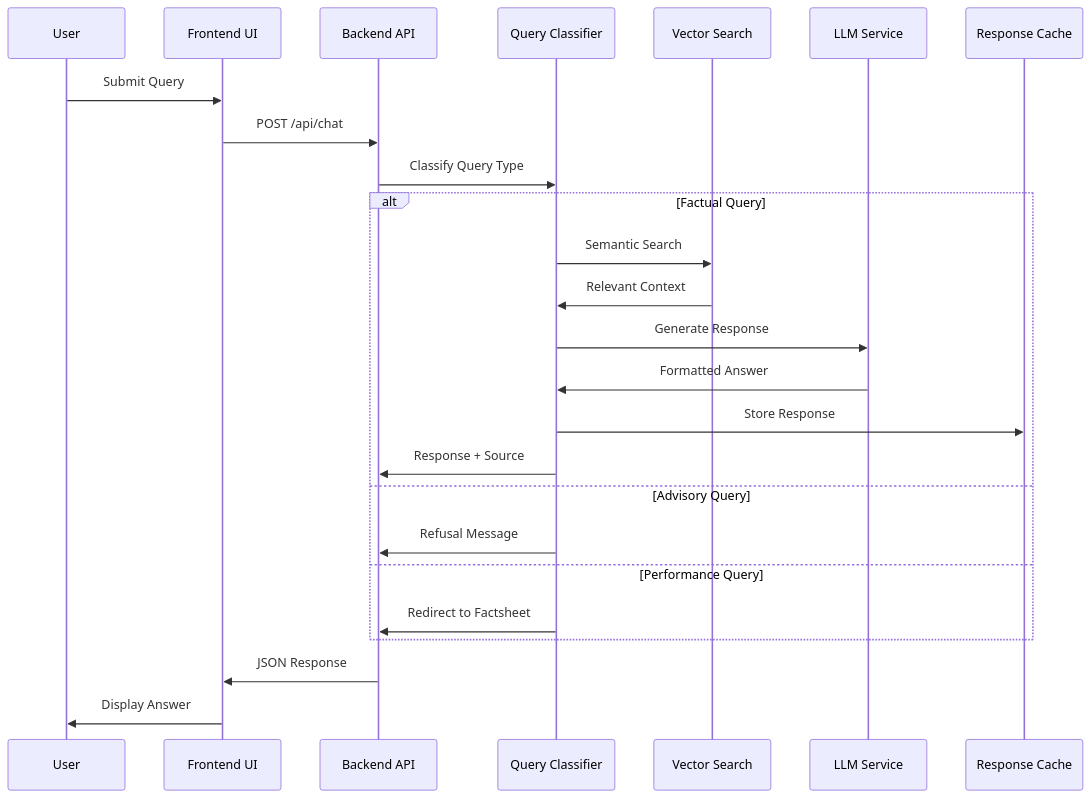
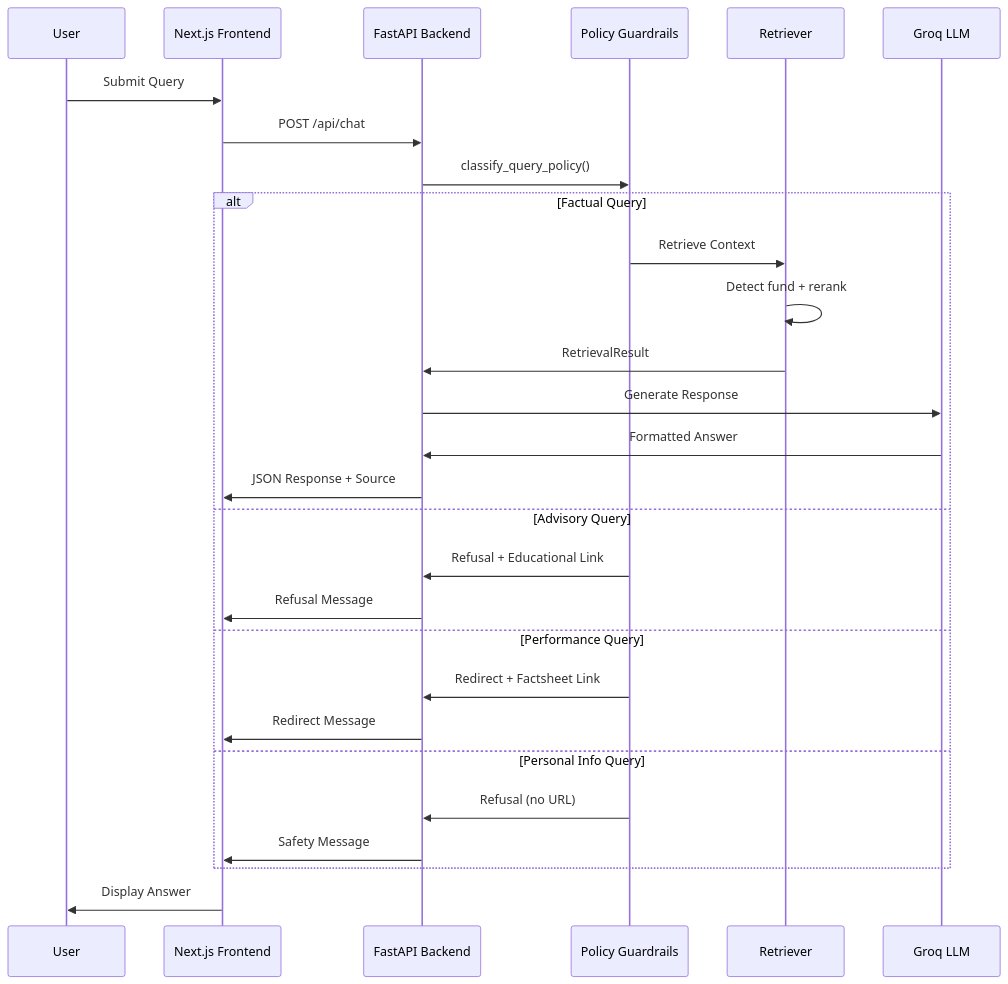
Before and after one commit to hey2308/Groww-RAG-chatbot: the eighth of 13 diagrams in doc/architecture.md, drawn with Mermaid. The commit also changed other lines of this file, not shown here.

Commit message:
Update architecture.md: reflect current tech stack (Groq, pure Python vector store, Next.js, Render)

````diff
--- a/doc/architecture.md
+++ b/doc/architecture.md
@@ -450,30 +402,33 @@
 ```mermaid
 sequenceDiagram
     participant User
-    participant UI as Frontend UI
-    participant API as Backend API
-    participant QC as Query Classifier
-    participant VS as Vector Search
-    participant LLM as LLM Service
-    participant Cache as Response Cache
+    participant UI as Next.js Frontend
+    participant API as FastAPI Backend
+    participant Policy as Policy Guardrails
+    participant Retriever as Retriever
+    participant LLM as Groq LLM
     
     User->>UI: Submit Query
     UI->>API: POST /api/chat
-    API->>QC: Classify Query Type
+    API->>Policy: classify_query_policy()
     
     alt Factual Query
-        QC->>VS: Semantic Search
-        VS->>QC: Relevant Context
-        QC->>LLM: Generate Response
-        LLM->>QC: Formatted Answer
-        QC->>Cache: Store Response
-        QC->>API: Response + Source
+        Policy->>Retriever: Retrieve Context
+        Retriever->>Retriever: Detect fund + rerank
+        Retriever->>API: RetrievalResult
+        API->>LLM: Generate Response
+        LLM->>API: Formatted Answer
+        API->>UI: JSON Response + Source
     else Advisory Query
-        QC->>API: Refusal Message
+        Policy->>API: Refusal + Educational Link
+        API->>UI: Refusal Message
     else Performance Query
-        QC->>API: Redirect to Factsheet
+        Policy->>API: Redirect + Factsheet Link
+        API->>UI: Redirect Message
+    else Personal Info Query
+        Policy->>API: Refusal (no URL)
+        API->>UI: Safety Message
     end
     
-    API->>UI: JSON Response
     UI->>User: Display Answer
 ```
````
